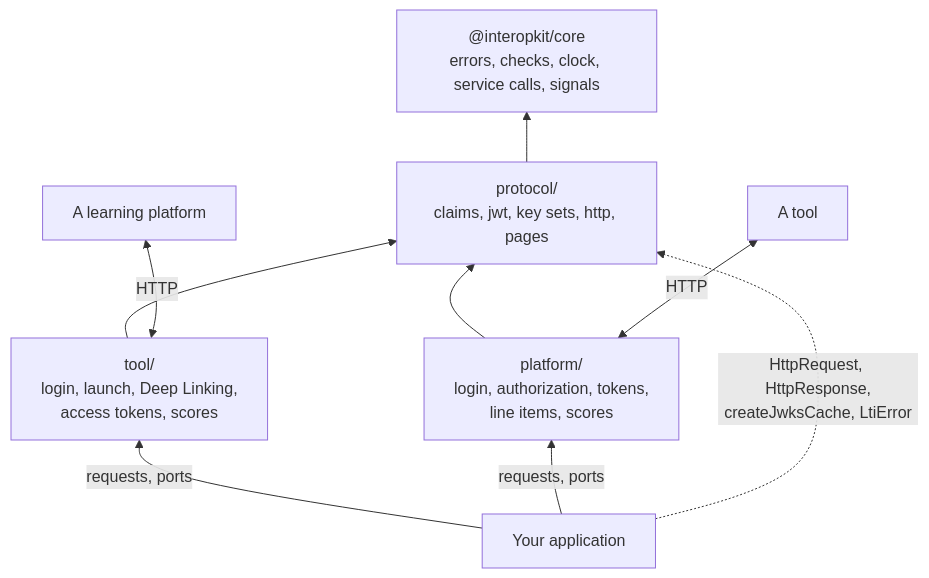
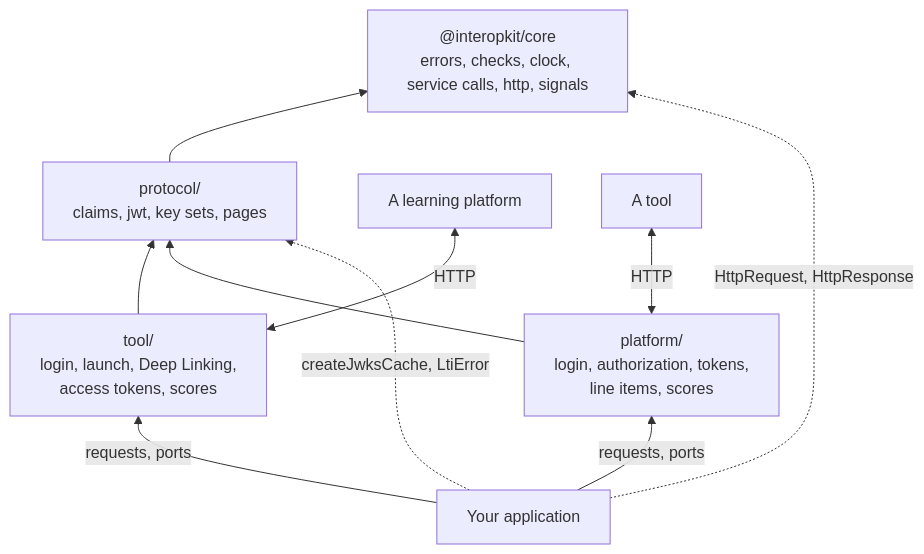
The diagram in docs/tool-integration/architecture.md (interopkit/interopkit), drawn with Mermaid before and after one commit. The commit also changed other lines of this file and 70 other files, not shown here.

First line of the commit message:
Move request and answer handling into core/http and read request bodies as bytes

````diff
--- a/docs/tool-integration/architecture.md
+++ b/docs/tool-integration/architecture.md
@@ -6,16 +6,17 @@
 ```mermaid
 flowchart BT
-  core["@interopkit/core<br/>errors, checks, clock, service calls, signals"]
-  proto["protocol/<br/>claims, jwt, key sets, http, pages"]
+  core["@interopkit/core<br/>errors, checks, clock, service calls, http, signals"]
+  proto["protocol/<br/>claims, jwt, key sets, pages"]
   tool["tool/<br/>login, launch, Deep Linking,<br/>access tokens, scores"]
   platformRole["platform/<br/>login, authorization, tokens,<br/>line items, scores"]
   host["Your application"]
   proto --> core
   tool --> proto
   platformRole --> proto
   host -->|"requests, ports"| tool
   host -->|"requests, ports"| platformRole
-  host -.->|"HttpRequest, HttpResponse,<br/>createJwksCache, LtiError"| proto
+  host -.->|"HttpRequest, HttpResponse"| core
+  host -.->|"createJwksCache, LtiError"| proto
   tool <-->|"HTTP"| platform["A learning platform"]
   platformRole <-->|"HTTP"| tools["A tool"]
 ```
````
